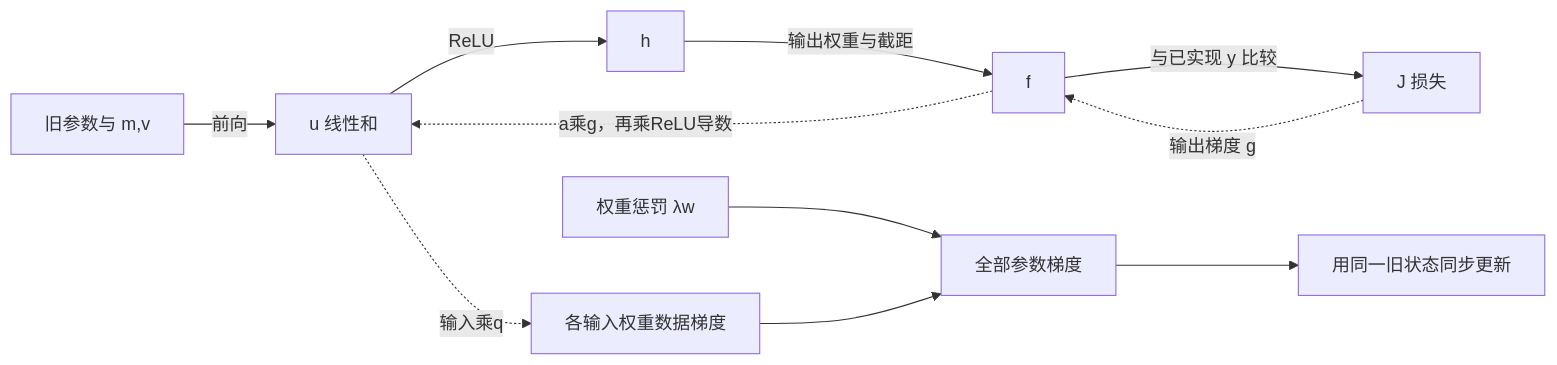
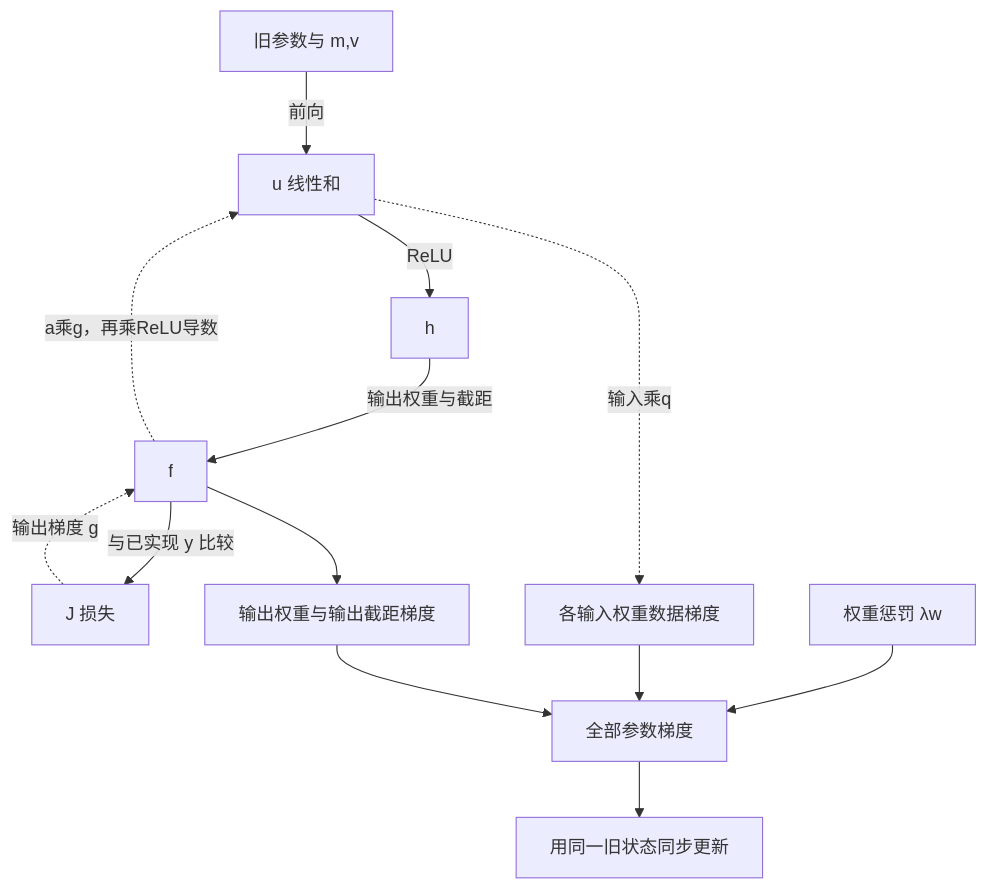
The fifth of 11 diagrams in EF5560_Fintech_and_AI_in_Finance/notes/M04-非线性机器学习与收益预测.md (CercaTrovato/cityu-ai-course-notes), drawn with Mermaid before and after one commit. The commit also changed other lines of this file and 204 other files, not shown here.

````diff
--- a/EF5560_Fintech_and_AI_in_Finance/notes/M04-非线性机器学习与收益预测.md
+++ b/EF5560_Fintech_and_AI_in_Finance/notes/M04-非线性机器学习与收益预测.md
@@ -1842,13 +1919,15 @@
 ```mermaid
-flowchart LR
+flowchart TD
  X[旧参数与 m,v] -->|前向| U[u 线性和]
  U -->|ReLU| H[h]
  H -->|输出权重与截距| F[f]
  F -->|与已实现 y 比较| J[J 损失]
  J -.->|输出梯度 g| F
  F -.->|a乘g，再乘ReLU导数| U
  U -.->|输入乘q| W[各输入权重数据梯度]
  P[权重惩罚 λw] --> G[全部参数梯度]
  W --> G
+ F --> OG[输出权重与输出截距梯度]
+ OG --> G
  G --> Z[用同一旧状态同步更新]
 ```
````
